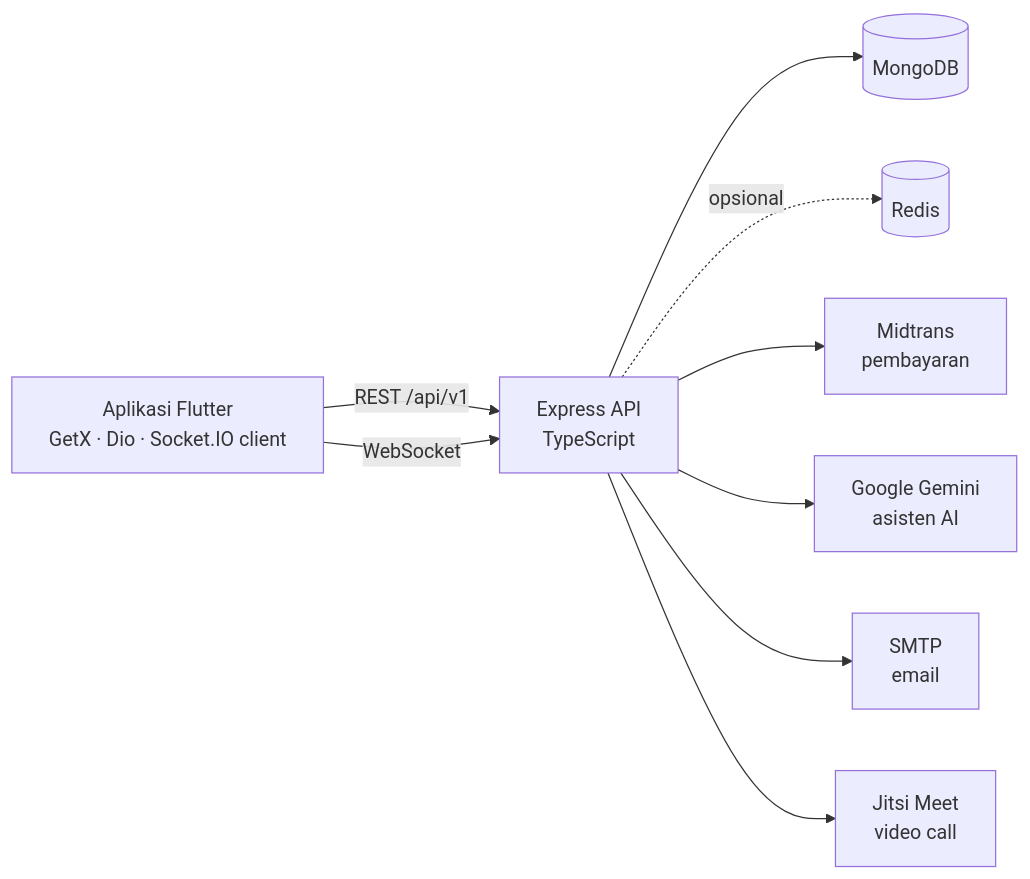
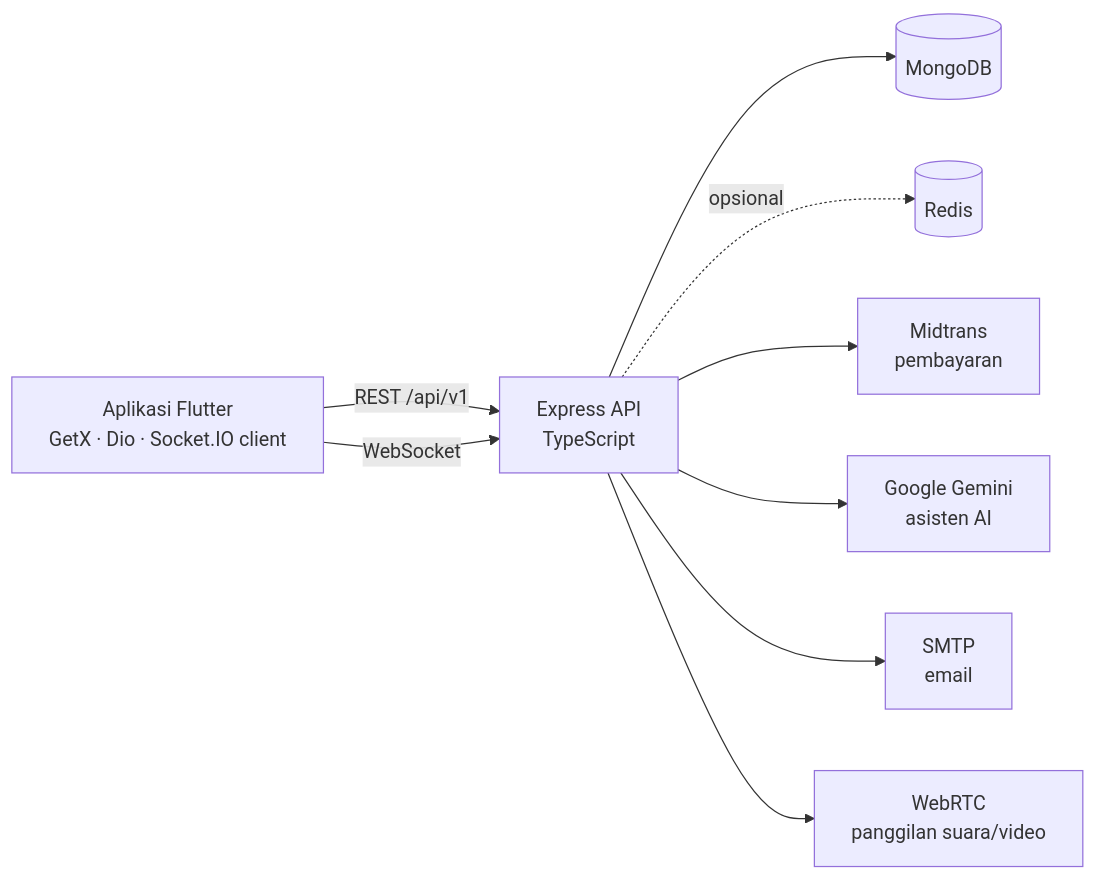
The diagram in README.id.md (Rizky28eka/harmoni-sehat), drawn with Mermaid before and after one commit. The commit also changed other lines of this file and 1 other file, not shown here.

````diff
--- a/README.id.md
+++ b/README.id.md
@@ -68,11 +68,11 @@
 ```mermaid
 flowchart LR
     F["Aplikasi Flutter<br/>GetX · Dio · Socket.IO client"] -- "REST /api/v1" --> A["Express API<br/>TypeScript"]
     F -- "WebSocket" --> A
     A --> M[("MongoDB")]
     A -. "opsional" .-> R[("Redis")]
     A --> P["Midtrans<br/>pembayaran"]
     A --> G["Google Gemini<br/>asisten AI"]
     A --> E["SMTP<br/>email"]
-    A --> J["Jitsi Meet<br/>video call"]
+    A --> J["WebRTC<br/>panggilan suara/video"]
 ```
````
